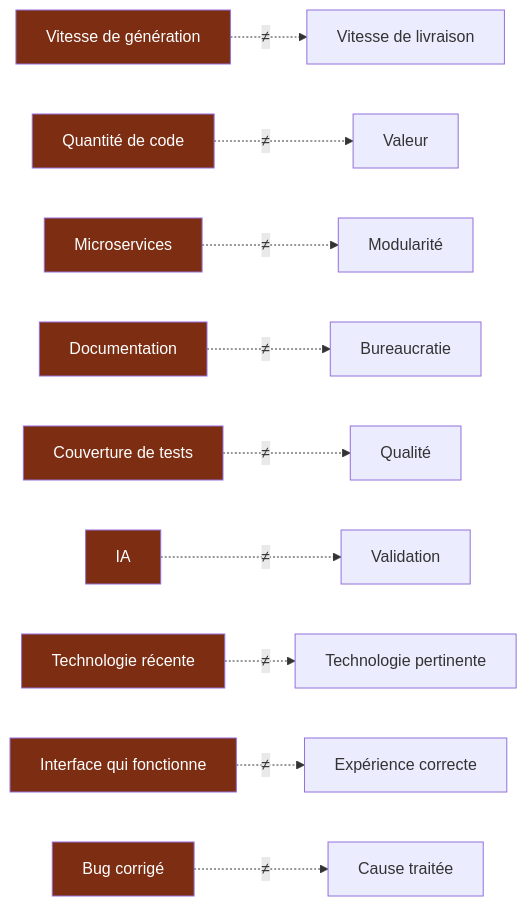
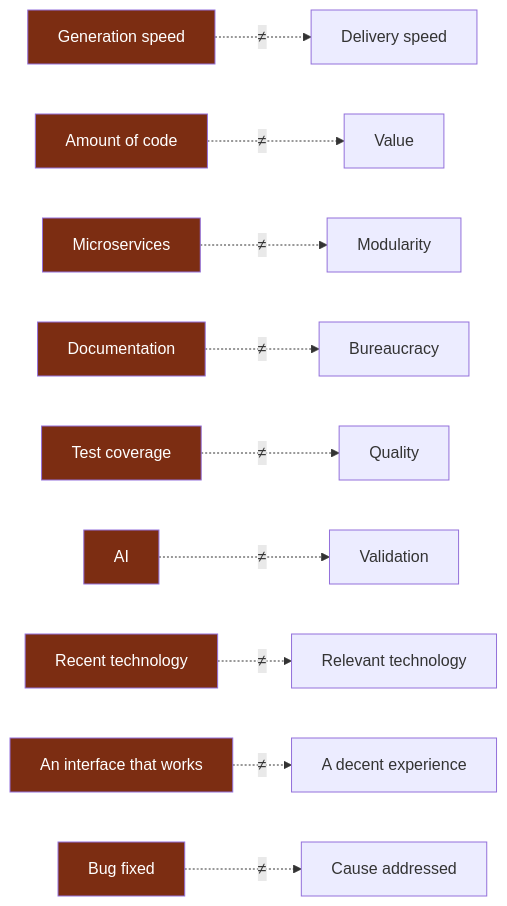
Before and after one commit to NapkinStack/engineering-os: the first of 2 diagrams in skeleton/docs/os/01-principles.md, drawn with Mermaid. The commit also changed other lines of this file and 2 other files, not shown here.

````diff
--- a/skeleton/docs/os/01-principles.md
+++ b/skeleton/docs/os/01-principles.md
@@ -98,22 +96,22 @@
 ```mermaid
 flowchart LR
-    A1["Vitesse de génération"] -.->|"≠"| B1["Vitesse de livraison"]
-    A2["Quantité de code"] -.->|"≠"| B2["Valeur"]
-    A3["Microservices"] -.->|"≠"| B3["Modularité"]
-    A4["Documentation"] -.->|"≠"| B4["Bureaucratie"]
-    A5["Couverture de tests"] -.->|"≠"| B5["Qualité"]
-    A6["IA"] -.->|"≠"| B6["Validation"]
-    A7["Technologie récente"] -.->|"≠"| B7["Technologie pertinente"]
-    A8["Interface qui fonctionne"] -.->|"≠"| B8["Expérience correcte"]
-    A9["Bug corrigé"] -.->|"≠"| B9["Cause traitée"]
+    A1["Generation speed"] -.->|"≠"| B1["Delivery speed"]
+    A2["Amount of code"] -.->|"≠"| B2["Value"]
+    A3["Microservices"] -.->|"≠"| B3["Modularity"]
+    A4["Documentation"] -.->|"≠"| B4["Bureaucracy"]
+    A5["Test coverage"] -.->|"≠"| B5["Quality"]
+    A6["AI"] -.->|"≠"| B6["Validation"]
+    A7["Recent technology"] -.->|"≠"| B7["Relevant technology"]
+    A8["An interface that works"] -.->|"≠"| B8["A decent experience"]
+    A9["Bug fixed"] -.->|"≠"| B9["Cause addressed"]
 
     style A1 fill:#7c2d12,color:#fff
     style A2 fill:#7c2d12,color:#fff
     style A3 fill:#7c2d12,color:#fff
     style A4 fill:#7c2d12,color:#fff
     style A5 fill:#7c2d12,color:#fff
     style A6 fill:#7c2d12,color:#fff
     style A7 fill:#7c2d12,color:#fff
     style A8 fill:#7c2d12,color:#fff
     style A9 fill:#7c2d12,color:#fff
 ```
````
